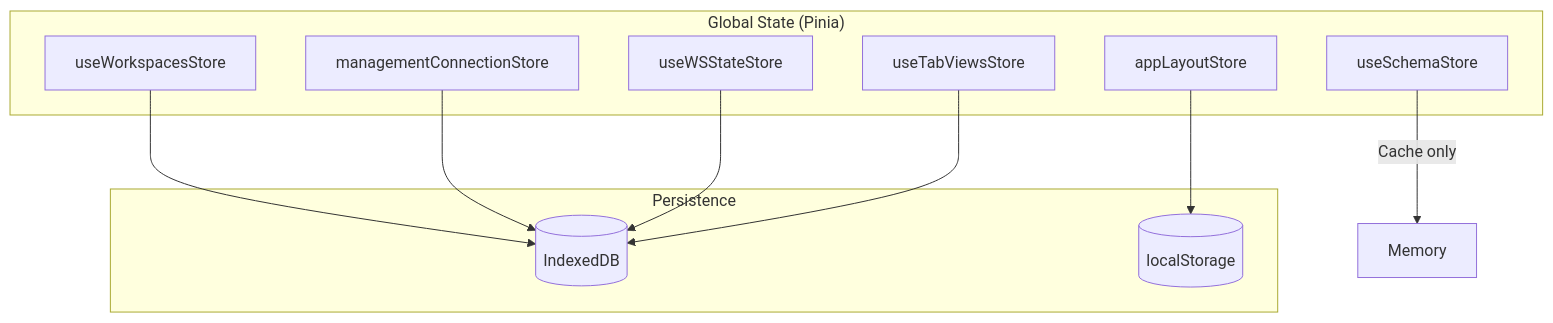
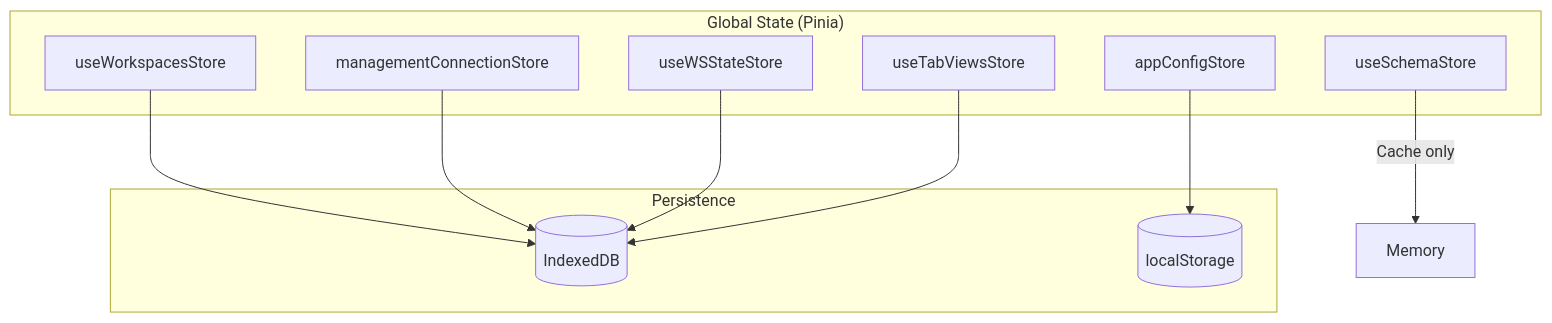
The diagram in docs/BUSINESS_RULES.md (cin12211/orca-q), drawn with Mermaid before and after one commit. The commit also changed 44 other files, not shown here.

Commit message:
feat(): enhance setting and rename hook useAppConfigStore

````diff
--- a/docs/BUSINESS_RULES.md
+++ b/docs/BUSINESS_RULES.md
@@ -300,23 +300,23 @@
 ```mermaid
 graph TD
     subgraph "Global State (Pinia)"
         A[useWorkspacesStore]
         B[managementConnectionStore]
         C[useWSStateStore]
         D[useSchemaStore]
         E[useTabViewsStore]
-        F[appLayoutStore]
+        F[appConfigStore]
     end
 
     subgraph "Persistence"
         G[(IndexedDB)]
         H[(localStorage)]
     end
 
     A --> G
     B --> G
     C --> G
     D --> |Cache only| Memory
     E --> G
     F --> H
 ```
````
